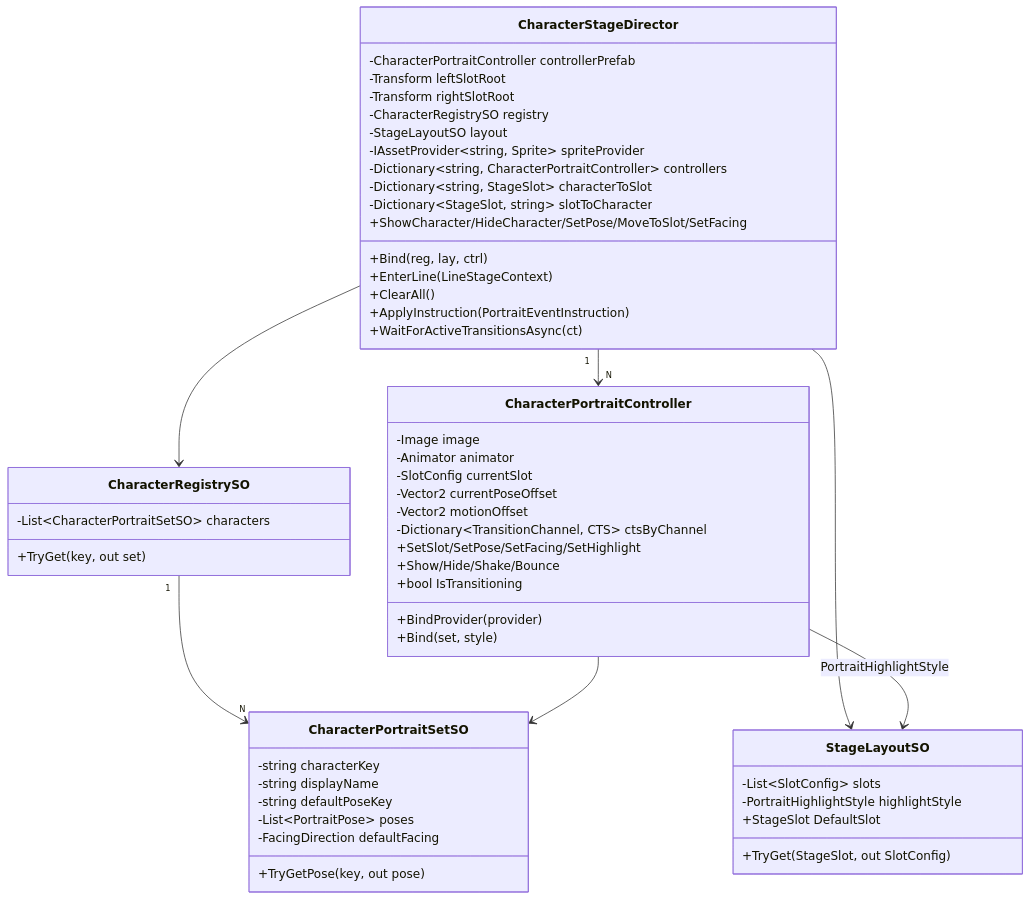
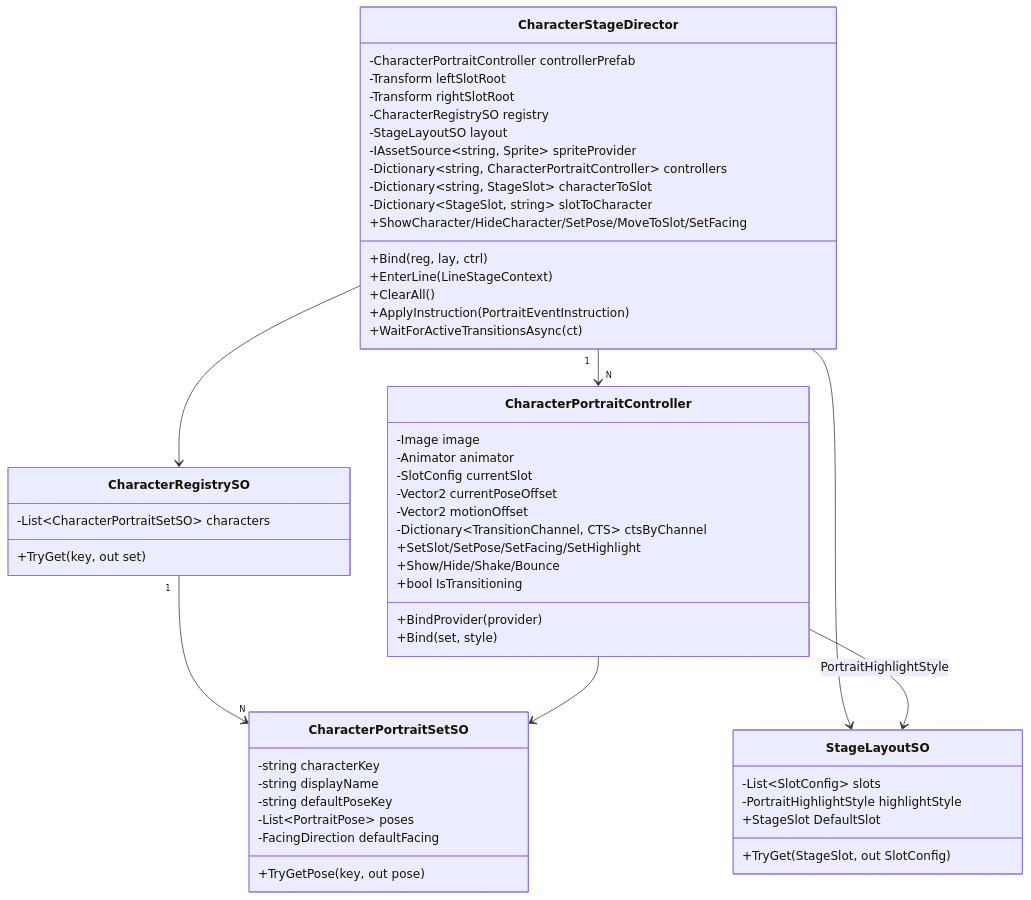
One commit to HoHong123/HCUP-Unity changed the first of 8 diagrams in HDialogue/docs/Portrait.md. Above: the diagram before and after it, drawn with Mermaid. The commit also changed other lines of this file, not shown here.

````diff
--- a/HDialogue/docs/Portrait.md
+++ b/HDialogue/docs/Portrait.md
@@ -63,58 +63,58 @@
 ```mermaid
 classDiagram
     class CharacterStageDirector {
         -CharacterPortraitController controllerPrefab
         -Transform leftSlotRoot
         -Transform rightSlotRoot
         -CharacterRegistrySO registry
         -StageLayoutSO layout
-        -IAssetProvider~string, Sprite~ spriteProvider
+        -IAssetSource~string, Sprite~ spriteProvider
         -Dictionary~string, CharacterPortraitController~ controllers
         -Dictionary~string, StageSlot~ characterToSlot
         -Dictionary~StageSlot, string~ slotToCharacter
         +Bind(reg, lay, ctrl)
         +EnterLine(LineStageContext)
         +ShowCharacter/HideCharacter/SetPose/MoveToSlot/SetFacing
         +ClearAll()
         +ApplyInstruction(PortraitEventInstruction)
         +WaitForActiveTransitionsAsync(ct)
     }
     class CharacterPortraitController {
         -Image image
         -Animator animator
         -SlotConfig currentSlot
         -Vector2 currentPoseOffset
         -Vector2 motionOffset
         -Dictionary~TransitionChannel, CTS~ ctsByChannel
         +BindProvider(provider)
         +Bind(set, style)
         +SetSlot/SetPose/SetFacing/SetHighlight
         +Show/Hide/Shake/Bounce
         +bool IsTransitioning
     }
     class CharacterRegistrySO {
         -List~CharacterPortraitSetSO~ characters
         +TryGet(key, out set)
     }
     class CharacterPortraitSetSO {
         -string characterKey
         -string displayName
         -string defaultPoseKey
         -List~PortraitPose~ poses
         -FacingDirection defaultFacing
         +TryGetPose(key, out pose)
     }
     class StageLayoutSO {
         -List~SlotConfig~ slots
         -PortraitHighlightStyle highlightStyle
         +TryGet(StageSlot, out SlotConfig)
         +StageSlot DefaultSlot
     }
 
     CharacterStageDirector "1" --> "N" CharacterPortraitController
     CharacterStageDirector --> CharacterRegistrySO
     CharacterStageDirector --> StageLayoutSO
     CharacterRegistrySO "1" --> "N" CharacterPortraitSetSO
     CharacterPortraitController --> CharacterPortraitSetSO
     CharacterPortraitController --> StageLayoutSO : PortraitHighlightStyle
 ```
````
